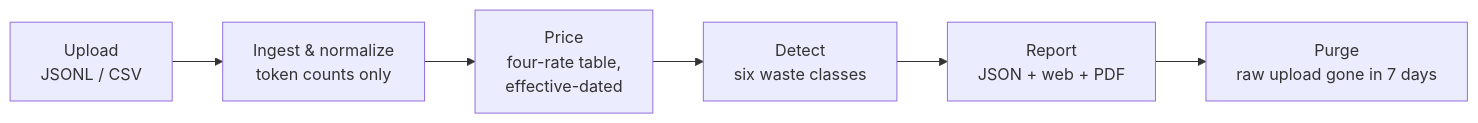
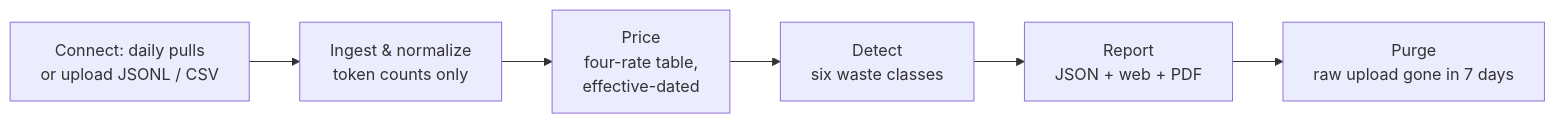
Before and after one commit to delvinggeeks/tokenops-cost-auditor: the diagram in docs-site/concepts/how-it-works.md, drawn with Mermaid. The commit also changed other lines of this file and 20 other files, not shown here.

````diff
--- a/docs-site/concepts/how-it-works.md
+++ b/docs-site/concepts/how-it-works.md
@@ -8,8 +9,8 @@
 ```mermaid
 flowchart LR
-    A[Upload<br/>JSONL / CSV] --> B[Ingest & normalize<br/>token counts only]
+    A[Connect: daily pulls<br/>or upload JSONL / CSV] --> B[Ingest & normalize<br/>token counts only]
     B --> C[Price<br/>four-rate table,<br/>effective-dated]
     C --> D[Detect<br/>six waste classes]
     D --> E[Report<br/>JSON + web + PDF]
     E --> F[Purge<br/>raw upload gone in 7 days]
 ```
````
